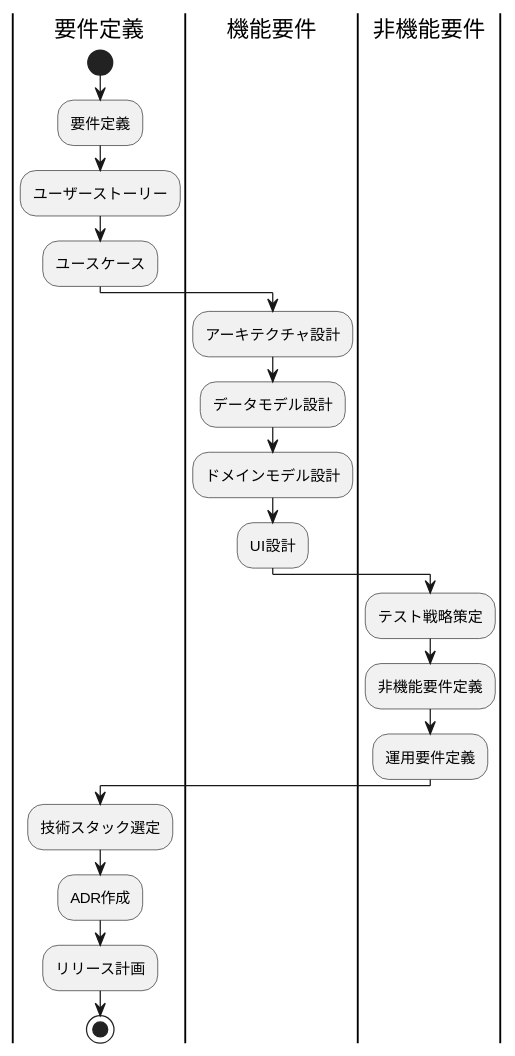
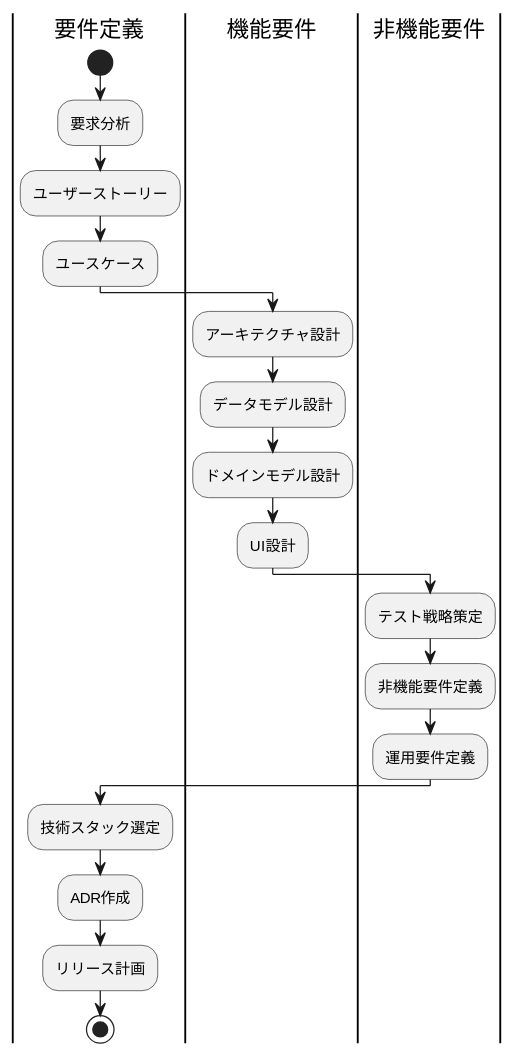
Before and after one commit to k2works/ai-programing-exercise: the second of 14 diagrams in docs/reference/開発ガイド.md, drawn with PlantUML.

Commit message:
docs: update 開発ガイド to replace "要件定義" with "要求分析" in sequence diagram

````diff
--- a/docs/reference/開発ガイド.md
+++ b/docs/reference/開発ガイド.md
@@ -40,28 +40,28 @@
 ```plantuml
 @startuml "Phase 1"
 |要件定義|
 start
-:要件定義;
+:要求分析;
 :ユーザーストーリー;
 :ユースケース;
 
 |機能要件|
 :アーキテクチャ設計;
 :データモデル設計;
 :ドメインモデル設計;
 :UI設計;
 
 |非機能要件|
 :テスト戦略策定;
 :非機能要件定義;
 :運用要件定義;
 
 |要件定義|
 :技術スタック選定;
 :ADR作成;
 :リリース計画;
 
 stop
 
 @enduml
 ```
````
